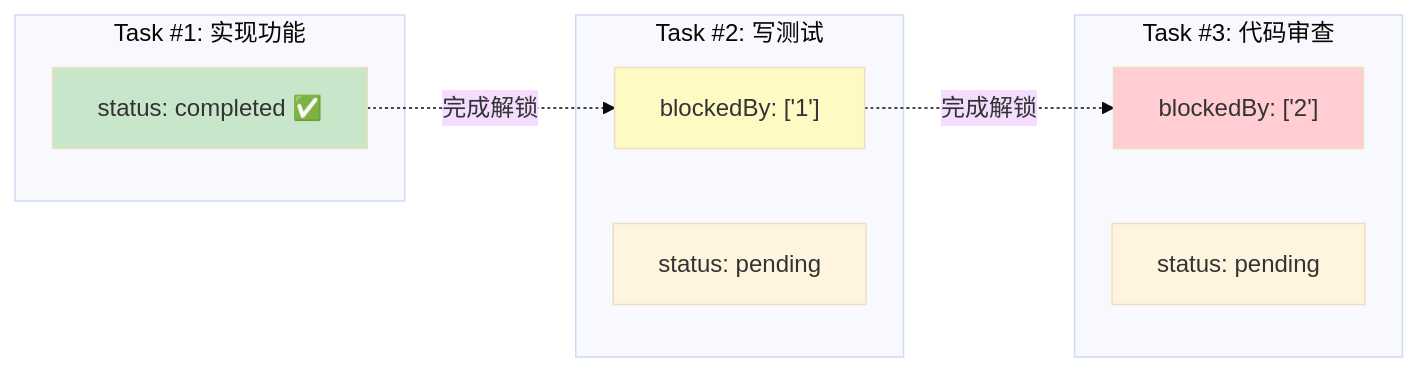
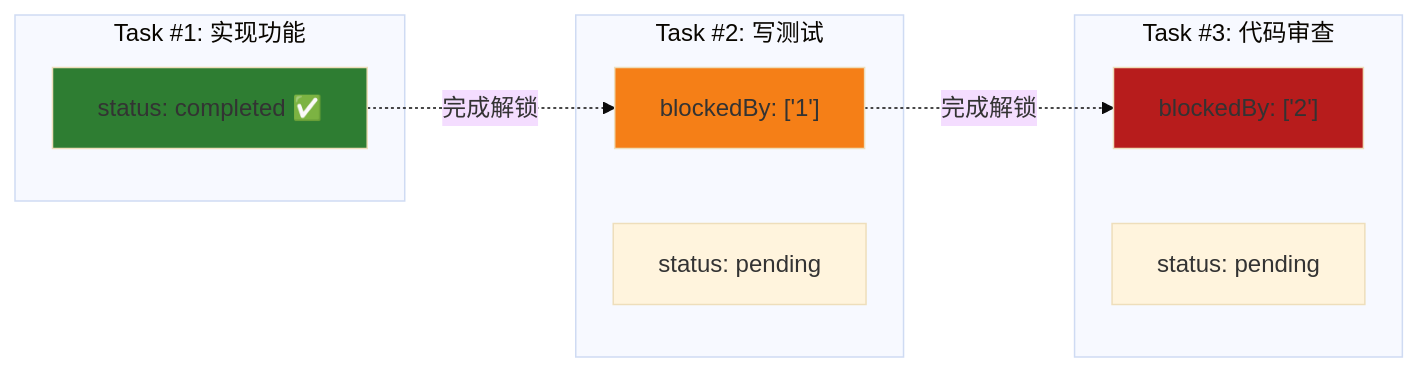
One commit to platootalp/harness-code changed the first of 16 diagrams in harness/docs/deep/TASK-SYSTEM.md. Above: the diagram before and after it, drawn with Mermaid (base theme). The commit also changed other lines of this file and 10 other files, not shown here.

````diff
--- a/harness/docs/deep/TASK-SYSTEM.md
+++ b/harness/docs/deep/TASK-SYSTEM.md
@@ -40,23 +40,23 @@
 ```mermaid
 flowchart LR
     subgraph Task1["Task #1: 实现功能"]
         A["status: completed ✅"]
     end
 
     subgraph Task2["Task #2: 写测试"]
         B["blockedBy: ['1']"]
         B2["status: pending"]
     end
 
     subgraph Task3["Task #3: 代码审查"]
         C["blockedBy: ['2']"]
         C2["status: pending"]
     end
 
     A -. "完成解锁" .-> B
     B -. "完成解锁" .-> C
 
-    style A fill:#c8e6c9
-    style B fill:#fff9c4
-    style C fill:#ffcdd2
+    style A fill:#2e7d32
+    style B fill:#f57f17
+    style C fill:#b71c1c
 ```
````
